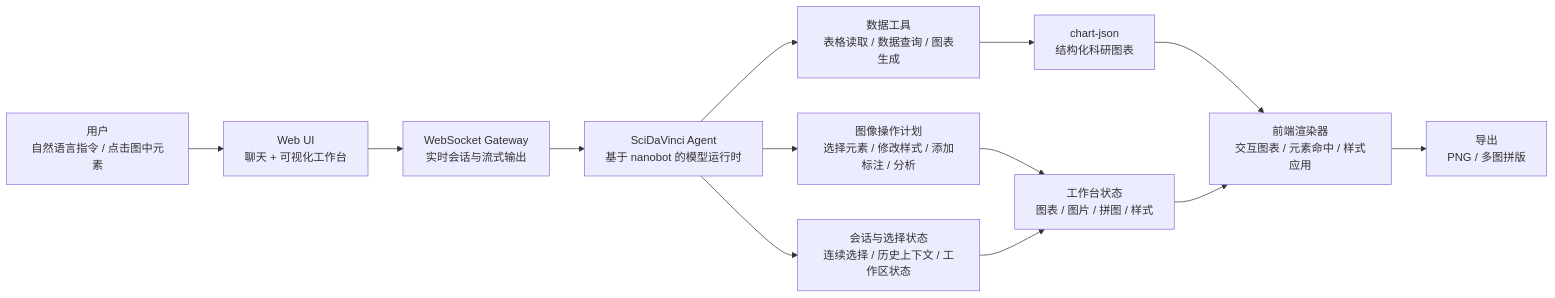
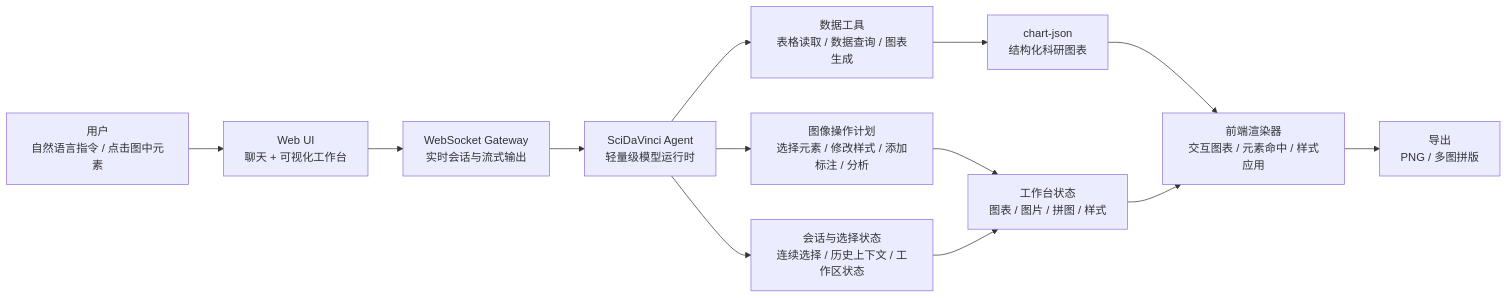
Before and after one commit to raymkf/scidavinci: the first of 2 diagrams in README.md, drawn with Mermaid. The commit also changed other lines of this file and 106 other files, not shown here.

Commit message:
chore: prepare SciDaVinci public release

````diff
--- a/README.md
+++ b/README.md
@@ -95,18 +103,18 @@
 ```mermaid
 flowchart LR
     User["用户<br/>自然语言指令 / 点击图中元素"] --> WebUI["Web UI<br/>聊天 + 可视化工作台"]
     WebUI --> Gateway["WebSocket Gateway<br/>实时会话与流式输出"]
-    Gateway --> Agent["SciDaVinci Agent<br/>基于 nanobot 的模型运行时"]
+    Gateway --> Agent["SciDaVinci Agent<br/>轻量级模型运行时"]
 
     Agent --> DataTools["数据工具<br/>表格读取 / 数据查询 / 图表生成"]
     Agent --> ActionPlanner["图像操作计划<br/>选择元素 / 修改样式 / 添加标注 / 分析"]
     Agent --> Memory["会话与选择状态<br/>连续选择 / 历史上下文 / 工作区状态"]
 
     DataTools --> ChartJSON["chart-json<br/>结构化科研图表"]
     ActionPlanner --> WorkspaceState["工作台状态<br/>图表 / 图片 / 拼图 / 样式"]
     Memory --> WorkspaceState
 
     ChartJSON --> Renderer["前端渲染器<br/>交互图表 / 元素命中 / 样式应用"]
     WorkspaceState --> Renderer
     Renderer --> Export["导出<br/>PNG / 多图拼版"]
 ```
````
